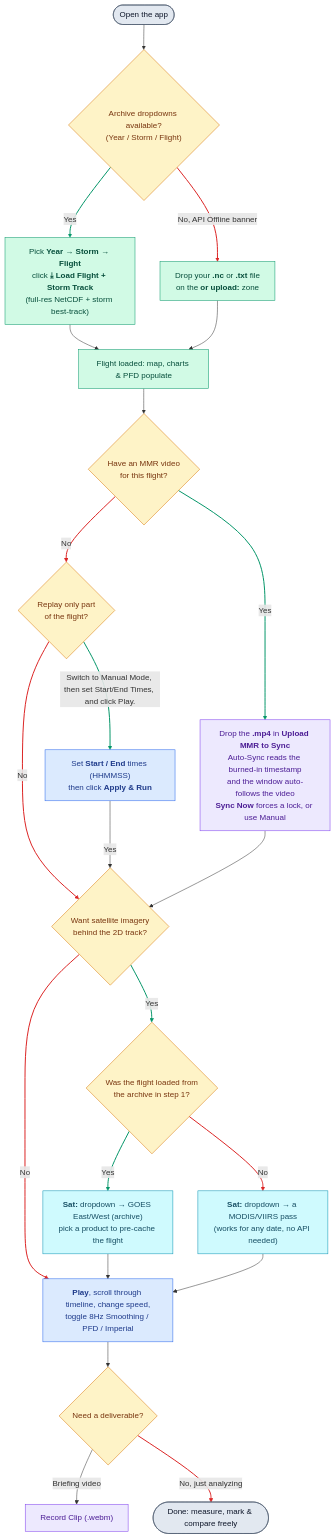
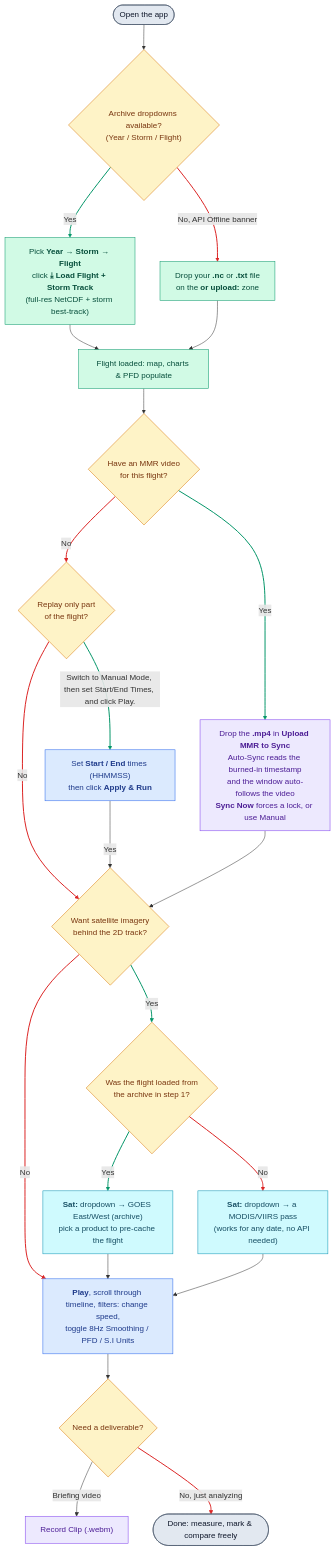
The diagram in README.md (diegoxb07/AOCVisualizer), drawn with Mermaid before and after one commit.

````diff
--- a/README.md
+++ b/README.md
@@ -17,40 +17,40 @@
 ```mermaid
 flowchart TD
     START(["Open the app"]) --> ARCHIVE{"Archive dropdowns available?<br>(Year / Storm / Flight)"}
     ARCHIVE -- "Yes" --> LOADARC["Pick <b>Year → Storm → Flight</b><br>click <b>⤓ Load Flight + Storm Track</b><br>(full-res NetCDF + storm best-track)"]
     ARCHIVE -- "No, API Offline banner" --> UPLOAD["Drop your <b>.nc</b> or <b>.txt</b> file<br>on the <b>or upload:</b> zone"]
     LOADARC --> LOADED["Flight loaded: map, charts & PFD populate"]
     UPLOAD --> LOADED
     LOADED --> MMR{"Have an MMR video<br>for this flight?"}
     MMR -- "Yes" --> VIDEO["Drop the <b>.mp4</b> in <b>Upload MMR to Sync</b><br>Auto-Sync reads the burned-in timestamp<br>and the window auto-follows the video<br><b>Sync Now</b> forces a lock, or use Manual"]
     MMR -- "No" --> WINDOW{"Replay only part<br>of the flight?"}
     WINDOW -- "Switch to Manual Mode, then set Start/End Times, and click Play." --> TRIM["Set <b>Start / End</b> times (HHMMSS)<br>then click <b>Apply & Run</b>"]
     WINDOW -- "No" --> SAT{"Want satellite imagery<br>behind the 2D track?"}
     TRIM -- "Yes" --> SAT
     VIDEO --> SAT
     SAT -- "Yes" --> FROMARC{"Was the flight loaded from<br>the archive in step 1?"}
     FROMARC -- "Yes" --> SATGOES["<b>Sat:</b> dropdown → GOES East/West (archive)<br>pick a product to pre-cache the flight"]
     FROMARC -- "No" --> SATPOLAR["<b>Sat:</b> dropdown → a MODIS/VIIRS pass<br>(works for any date, no API needed)"]
-    SAT -- "No" --> PLAY["<b>Play</b>, scroll through timeline, change speed,<br>toggle 8Hz Smoothing / PFD / Imperial"]
+    SAT -- "No" --> PLAY["<b>Play</b>, scroll through timeline, filters: change speed,<br>toggle 8Hz Smoothing / PFD / S.I Units"]
     SATGOES --> PLAY
     SATPOLAR --> PLAY
     PLAY --> EXPORT{"Need a deliverable?"}
     EXPORT -- "Briefing video" --> CLIP["Record Clip (.webm)"]
     EXPORT -- "No, just analyzing" --> DONE(["Done: measure, mark & compare freely"])
 
     classDef decision fill:#fef3c7,stroke:#d97706,color:#78350f
     classDef data fill:#d1fae5,stroke:#059669,color:#064e3b
     classDef mmr fill:#ede9fe,stroke:#7c3aed,color:#4c1d95
     classDef sat fill:#cffafe,stroke:#0891b2,color:#164e63
     classDef playback fill:#dbeafe,stroke:#2563eb,color:#1e3a8a
     classDef term fill:#e2e8f0,stroke:#475569,color:#0f172a
     class ARCHIVE,MMR,WINDOW,SAT,FROMARC,EXPORT decision
     class LOADARC,UPLOAD,LOADED data
     class VIDEO,CLIP mmr
     class SATGOES,SATPOLAR sat
     class TRIM,PLAY playback
     class START,DONE term
     %% linkStyle numbers = edge definition order above; update them if edges are added or reordered
     linkStyle 1,6,8,12,13 stroke:#059669,stroke-width:2px
     linkStyle 2,7,9,14,15,20 stroke:#dc2626,stroke-width:2px
 ```
````
